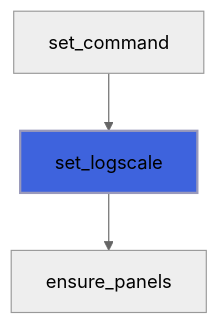
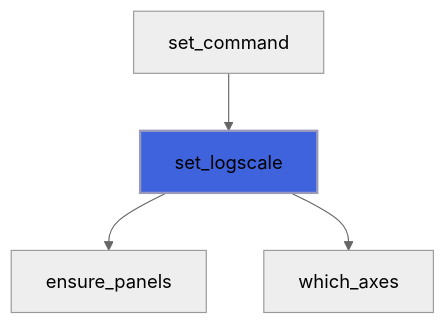
Before and after one commit to szaghi/foresight: the tenth of 35 diagrams in docs/api/src/lib/foresight_figure.md, drawn with Mermaid (neutral theme). The commit also changed other lines of this file and 97 other files, not shown here.

````diff
--- a/docs/api/src/lib/foresight_figure.md
+++ b/docs/api/src/lib/foresight_figure.md
@@ -368,6 +391,7 @@
 ```mermaid
 flowchart TD
   set_command["set_command"] --> set_logscale["set_logscale"]
   set_logscale["set_logscale"] --> ensure_panels["ensure_panels"]
+  set_logscale["set_logscale"] --> which_axes["which_axes"]
   style set_logscale fill:#3e63dd,stroke:#99b,stroke-width:2px
 ```
````
